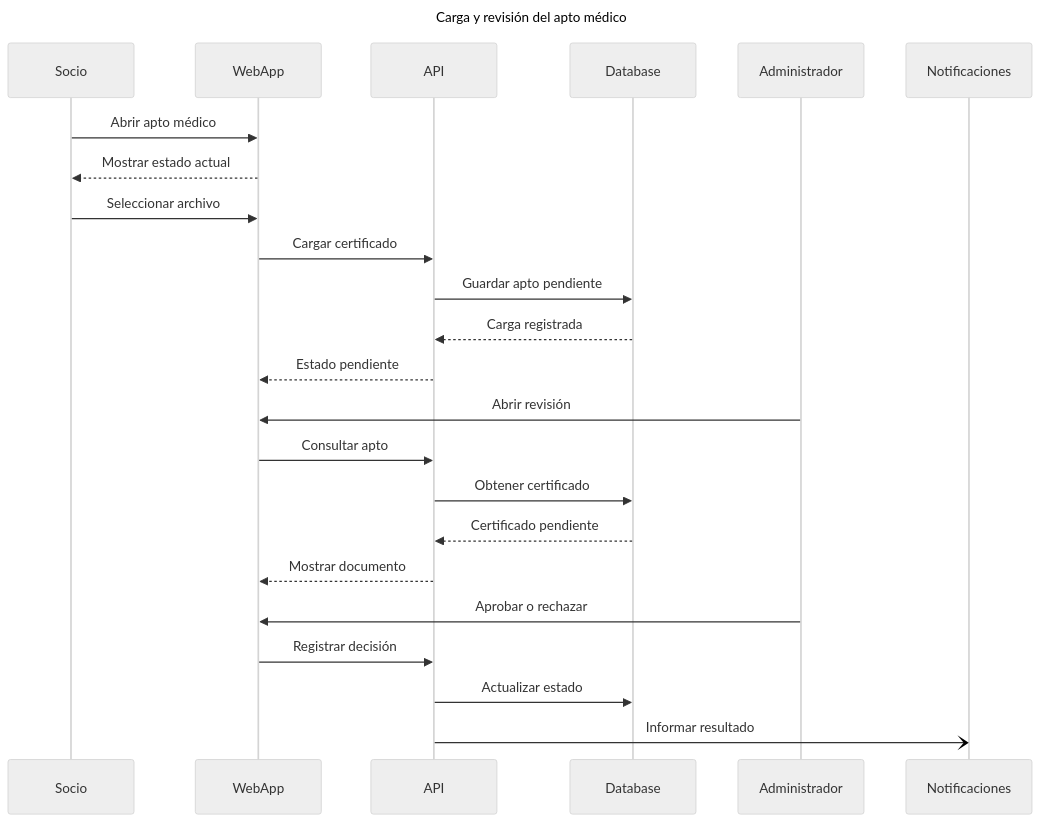
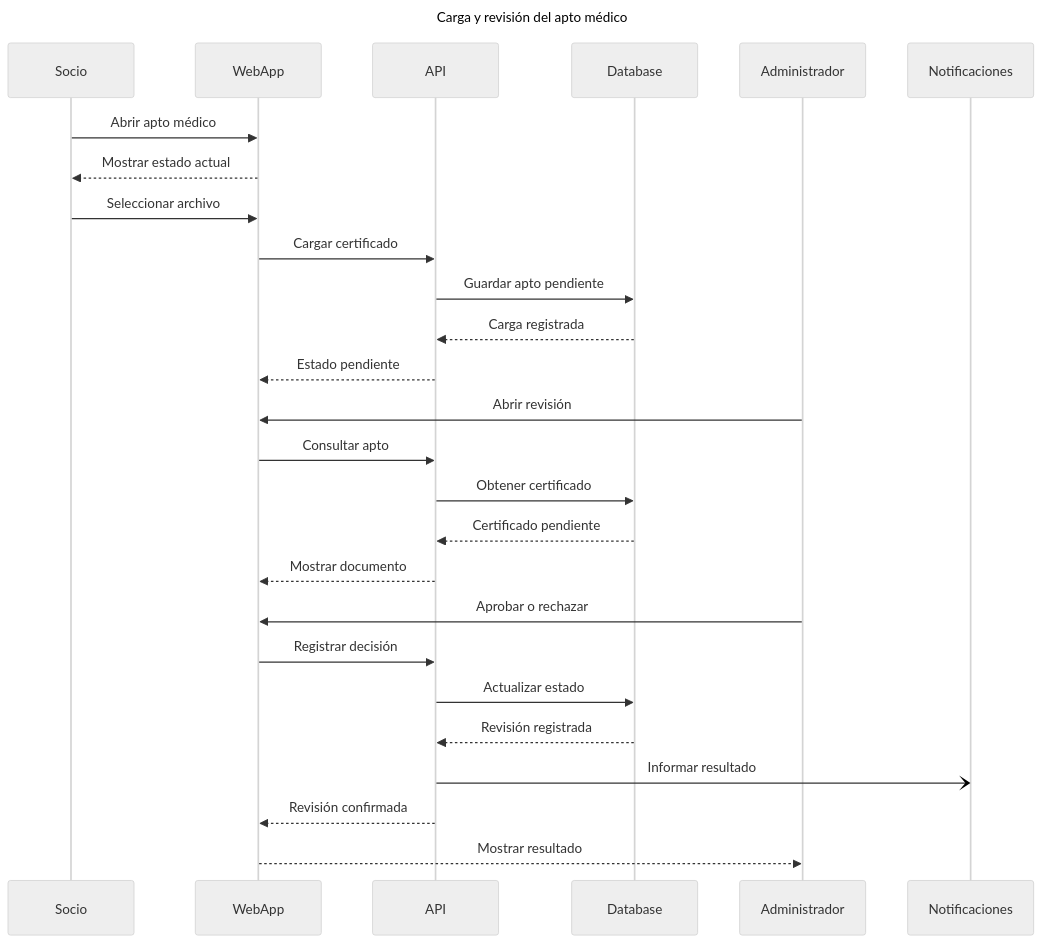
Before and after one commit to MTeamOrg/M-Team: the third of 6 diagrams in docs/diagramas-de-secuencia.md, drawn with Mermaid (neutral theme). The commit also changed other lines of this file, not shown here.

Commit message:
docs: add sequence diagrams

````diff
--- a/docs/diagramas-de-secuencia.md
+++ b/docs/diagramas-de-secuencia.md
@@ -66,27 +69,30 @@
 ```mermaid
 sequenceDiagram
     title Carga y revisión del apto médico
     participant Socio
     participant WebApp
     participant API
     participant Database
     participant Administrador
     participant Notificaciones
 
     Socio->>WebApp: Abrir apto médico
     WebApp-->>Socio: Mostrar estado actual
     Socio->>WebApp: Seleccionar archivo
     WebApp->>API: Cargar certificado
     API->>Database: Guardar apto pendiente
     Database-->>API: Carga registrada
     API-->>WebApp: Estado pendiente
     Administrador->>WebApp: Abrir revisión
     WebApp->>API: Consultar apto
     API->>Database: Obtener certificado
     Database-->>API: Certificado pendiente
     API-->>WebApp: Mostrar documento
     Administrador->>WebApp: Aprobar o rechazar
     WebApp->>API: Registrar decisión
     API->>Database: Actualizar estado
+    Database-->>API: Revisión registrada
     API-)Notificaciones: Informar resultado
+    API-->>WebApp: Revisión confirmada
+    WebApp-->>Administrador: Mostrar resultado
 ```
````
